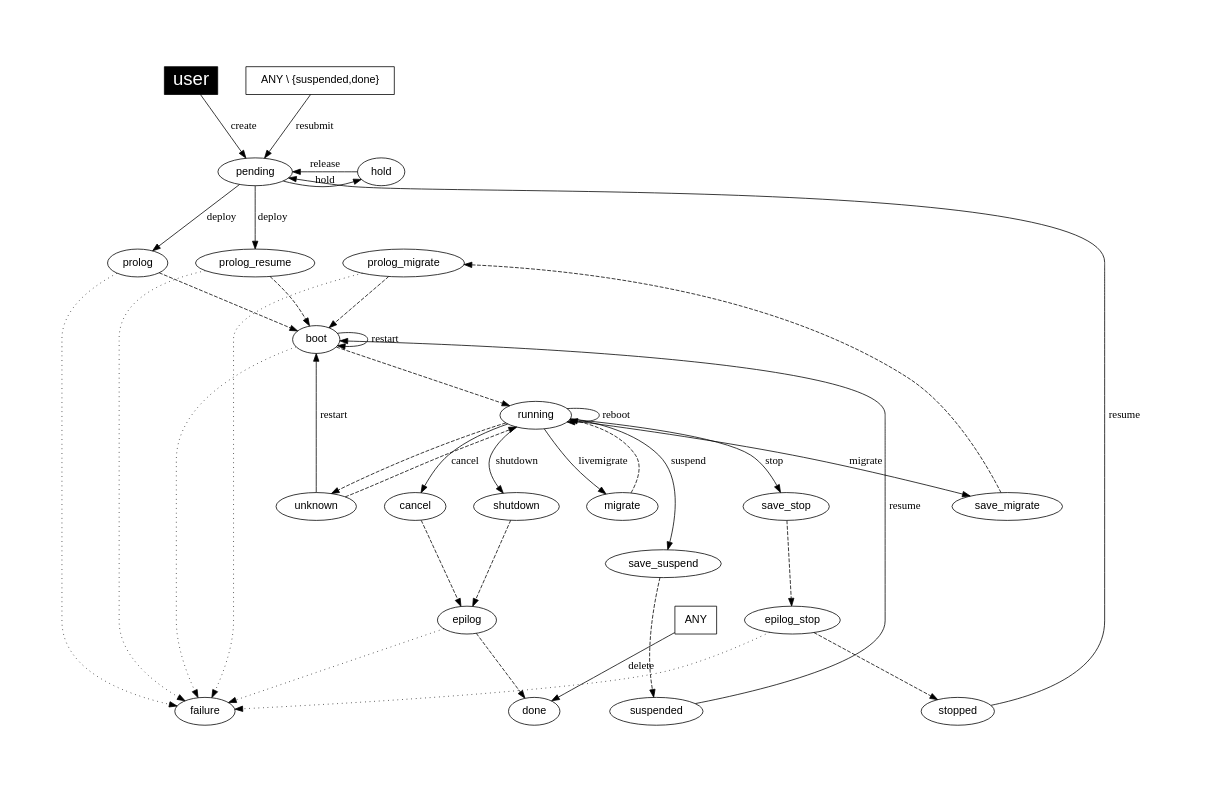
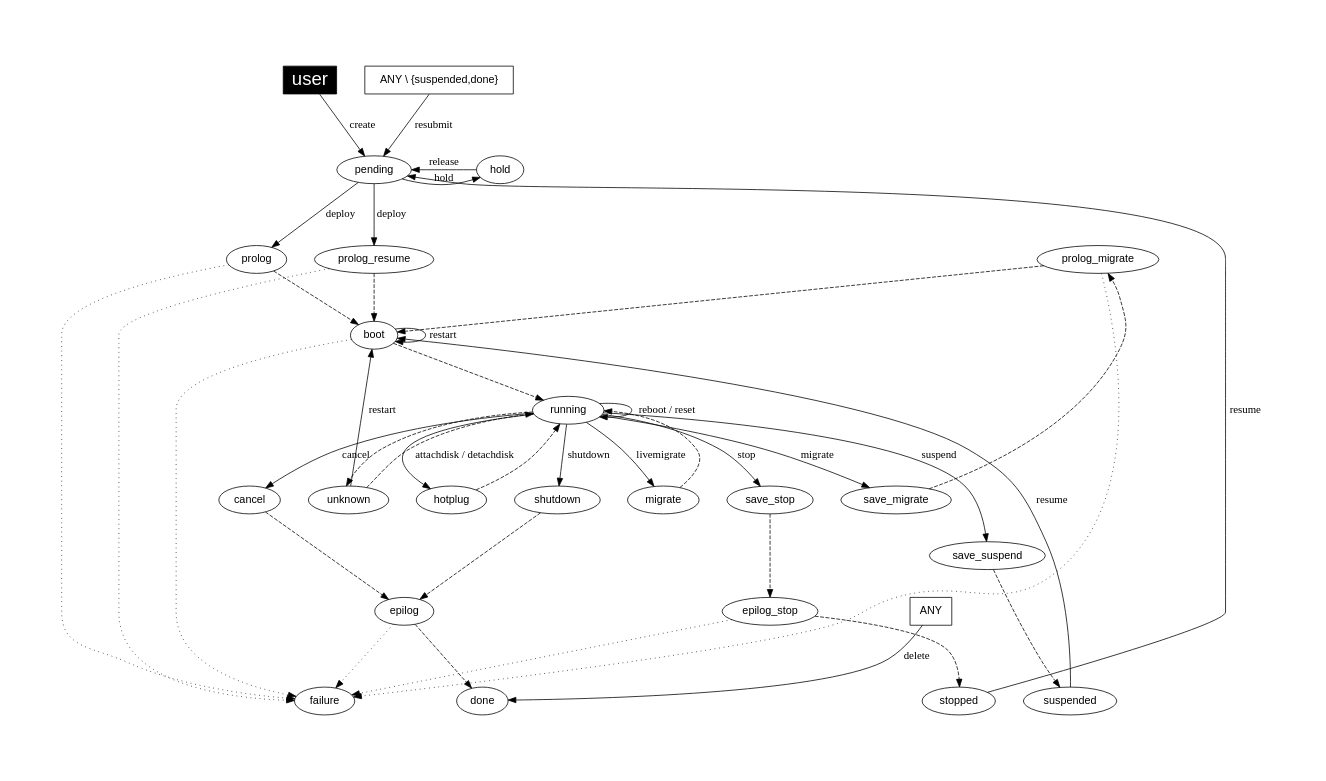
The diagram in share/doc/states/states-complete.dot (OpenNebula/one), drawn with Graphviz before and after one commit. The commit also changed 4 other files, not shown here.

Commit message:
Update VM state diagrams

```diff
--- a/share/doc/states/states-complete.dot
+++ b/share/doc/states/states-complete.dot
@@ -1,101 +1,105 @@
 
 
 digraph OpenNebula {
     graph [
         nodesep= 0.5,
         ratio=0.7,
         pad=1,
     ];
 
     node [fontname="Helvetica"];
     edge [fontname="Menlo"];
     
     user [
         fillcolor="black",
         style="filled", shape="box",
         fontcolor="white", fontsize= "24.0"];
 
     ANY [ shape="box" ];
     "ANY \\ {suspended,done}" [ shape="box" ];
 
     subgraph { rank = min; user}
     subgraph { rank = same; pending; hold; color="white"}
     subgraph { rank = same; prolog; prolog_resume; prolog_migrate;
     color="white" }
 
     subgraph { rank = max; suspended; done; failure;
     stopped;color="white" }
 
 #   create
     user -> pending [label="create"];
 
 #   deploy
     pending     -> prolog_resume [label="deploy"];
     prolog_resume -> boot [style="dashed"];
 
     pending     -> prolog [label="deploy"];
     prolog      -> boot [style="dashed"];
     boot        -> running [style="dashed"];
 
 #   shutdown
     running     -> shutdown [label="shutdown"];
     shutdown    -> epilog [style="dashed"];
     epilog      -> done [style="dashed"];
 
 #   livemigrate
     running     -> migrate [label="livemigrate"];
     migrate     -> running [style="dashed"];
 
 #   migrate
     running         -> save_migrate [label="migrate"];
     save_migrate    -> prolog_migrate [style="dashed"];
     prolog_migrate  -> boot [style="dashed"];
 
 #   hold
     pending     -> hold [label="hold"];
 
 #   release
     hold        -> pending [label="release"];
 
 #   stop
     running     -> save_stop [label="stop"];
     save_stop   -> epilog_stop [style="dashed"];
     epilog_stop -> stopped [style="dashed"];
 
 #   cancel
     running     -> cancel [label="cancel"];
     cancel      -> epilog [style="dashed"];
 
 #   suspend
     running         -> save_suspend [label="suspend"];
     save_suspend    -> suspended [style="dashed"];
 
 #   resume
     stopped     -> pending [label="resume"];
     suspended   -> boot [label="resume"];
 
 #   delete
     ANY         -> done [label="delete"];
 
 #   restart
     unknown     -> boot [label="restart"];
     boot        -> boot [label="restart"];
 
-#   reboot
-    running     -> running [label="reboot"];
+#   reboot, reset
+    running     -> running [label="reboot / reset"];
+
+#   attachdisk
+    running     -> hotplug [label="attachdisk / detachdisk"]
+    hotplug     -> running [style="dashed"];
 
 #   resubmit
     "ANY \\ {suspended,done}" -> pending [label="resubmit"];
 
 #   failures and misc.
     epilog_stop     -> failure [style="dotted"];
     epilog          -> failure [style="dotted"];
     prolog          -> failure [style="dotted"];
     prolog_migrate  -> failure [style="dotted"];
     prolog_resume   -> failure [style="dotted"];
     boot            -> failure [style="dotted"];
 
 
     running -> unknown [style="dashed"];
     unknown -> running [style="dashed"];
 }
```
